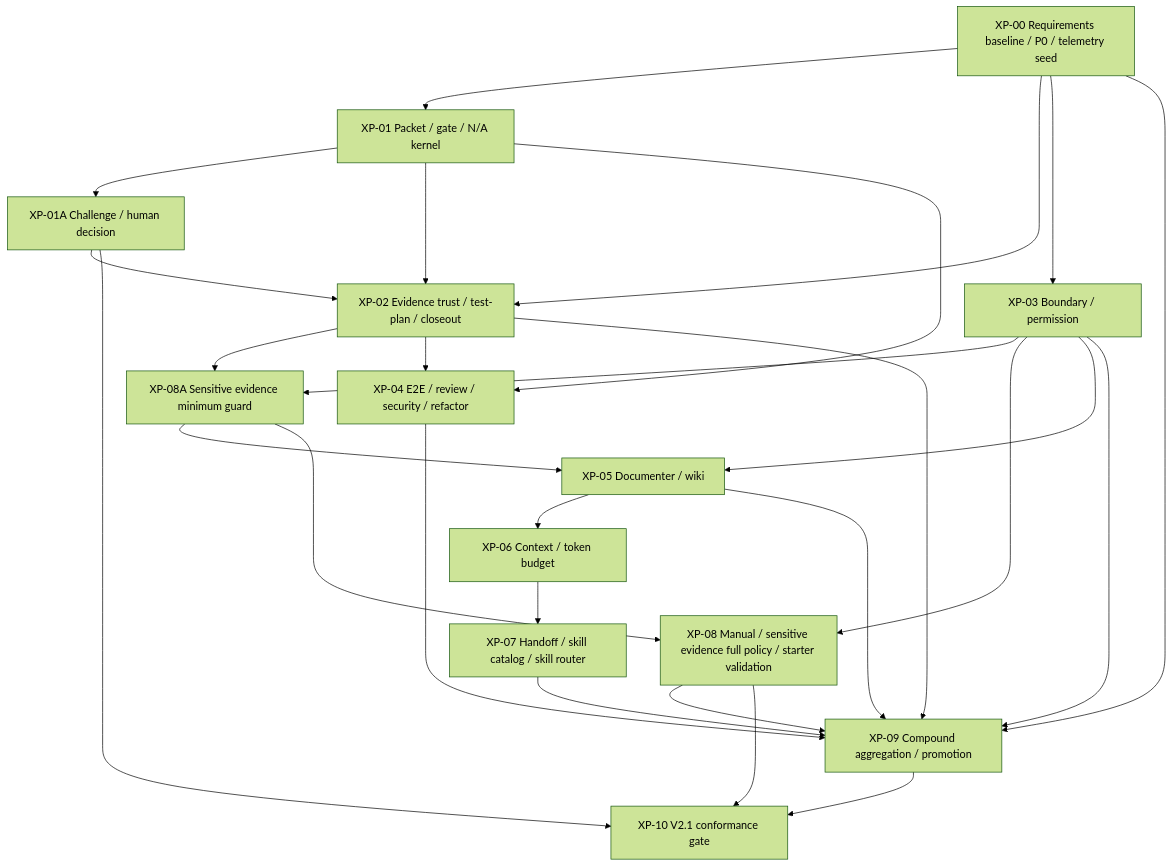
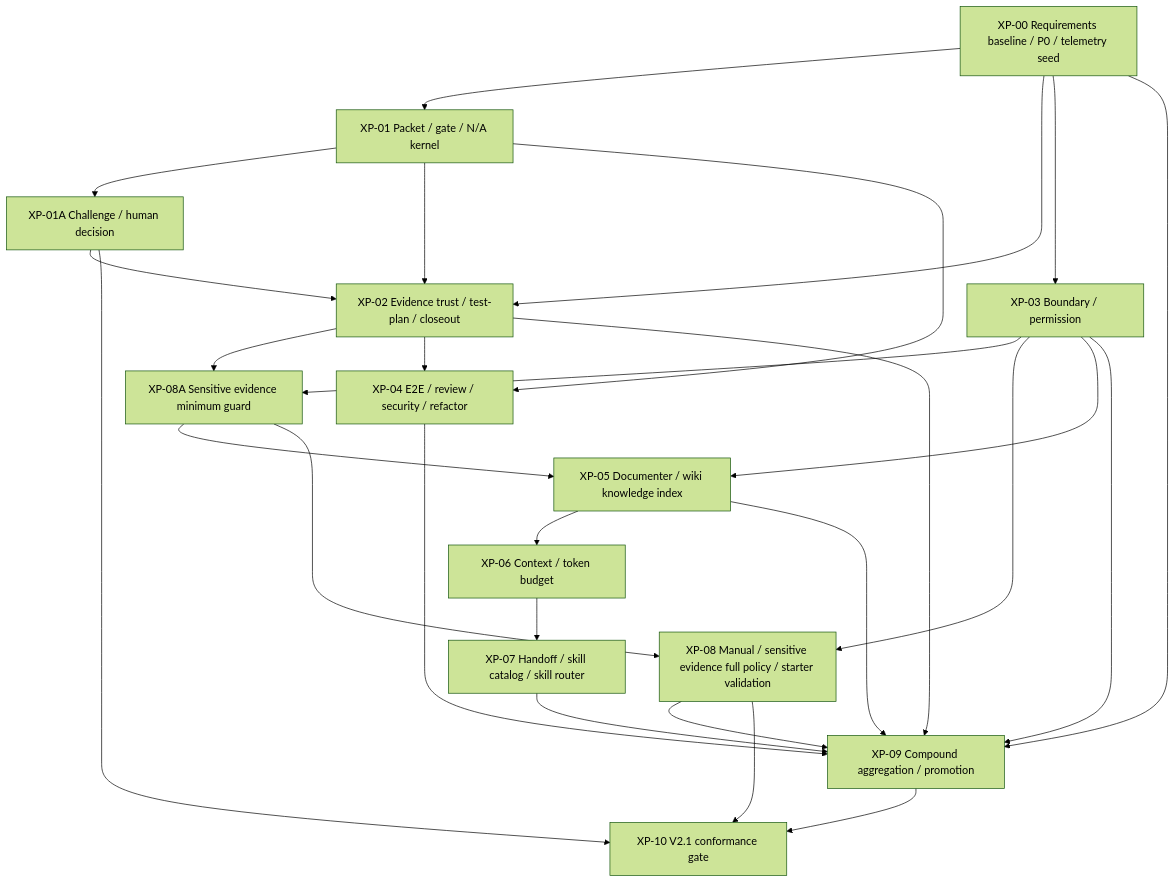
One commit to Heeyoung-Ahn/standard-harness-v2 changed the diagram in docs/requirements/standard-harness-v2-1-integrated-work-plan.md. Above: the diagram before and after it, drawn with Mermaid (forest theme). The commit also changed other lines of this file, not shown here.

Commit message:
Document V2.1 wiki knowledge index scope

````diff
--- a/docs/requirements/standard-harness-v2-1-integrated-work-plan.md
+++ b/docs/requirements/standard-harness-v2-1-integrated-work-plan.md
@@ -275,43 +276,43 @@
 ```mermaid
 flowchart TD
   XP00["XP-00 Requirements baseline / P0 / telemetry seed"]
   XP01["XP-01 Packet / gate / N/A kernel"]
   XP01A["XP-01A Challenge / human decision"]
   XP02["XP-02 Evidence trust / test-plan / closeout"]
   XP03["XP-03 Boundary / permission"]
   XP08A["XP-08A Sensitive evidence minimum guard"]
-  XP05["XP-05 Documenter / wiki"]
+  XP05["XP-05 Documenter / wiki knowledge index"]
   XP04["XP-04 E2E / review / security / refactor"]
   XP06["XP-06 Context / token budget"]
   XP07["XP-07 Handoff / skill catalog / skill router"]
   XP08["XP-08 Manual / sensitive evidence full policy / starter validation"]
   XP09["XP-09 Compound aggregation / promotion"]
   XP10["XP-10 V2.1 conformance gate"]
 
   XP00 --> XP01
   XP01 --> XP01A
   XP00 --> XP02
   XP00 --> XP03
   XP00 --> XP09
   XP01A --> XP02
   XP01A --> XP10
   XP01 --> XP02
   XP01 --> XP04
   XP02 --> XP08A
   XP03 --> XP08A
   XP08A --> XP05
   XP08A --> XP08
   XP03 --> XP08
   XP02 --> XP04
   XP03 --> XP05
   XP05 --> XP06
   XP06 --> XP07
   XP02 --> XP09
   XP03 --> XP09
   XP04 --> XP09
   XP05 --> XP09
   XP07 --> XP09
   XP08 --> XP09
   XP08 --> XP10
   XP09 --> XP10
 ```
````
